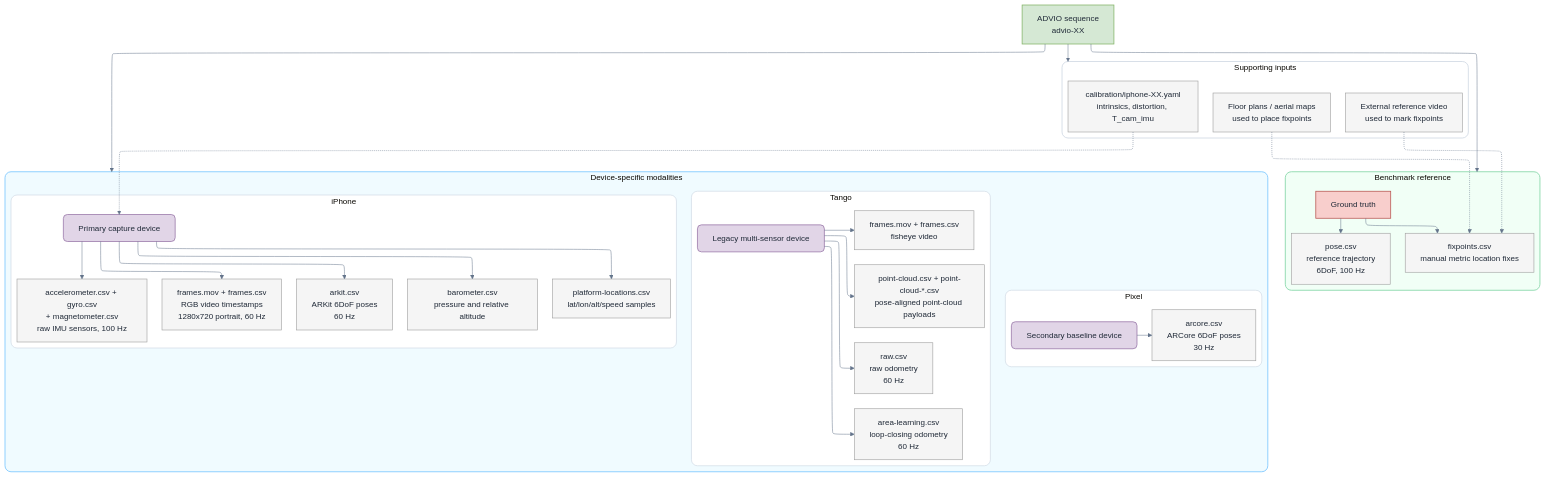
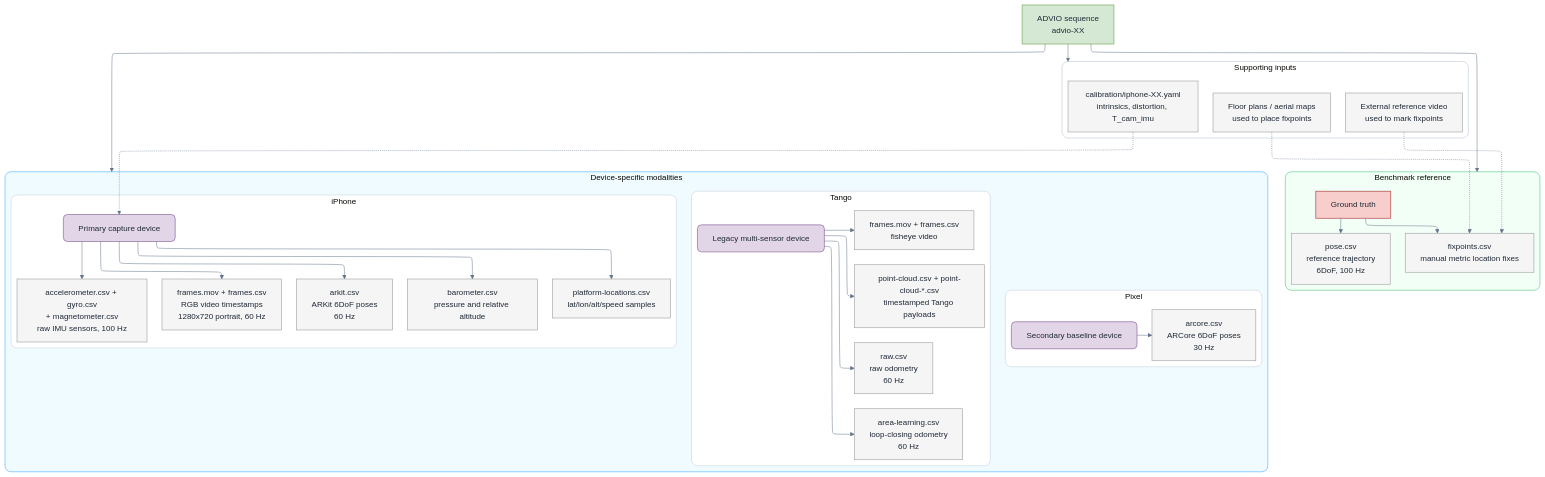
One commit to JanDuchscherer104/prml-vslam changed the diagram in docs/figures/mermaid/advio-modalities-overview.mmd. Above: the diagram before and after it, drawn with Mermaid. The commit also changed 13 other files, not shown here.

```diff
--- a/docs/figures/mermaid/advio-modalities-overview.mmd
+++ b/docs/figures/mermaid/advio-modalities-overview.mmd
@@ -1,103 +1,103 @@
 ---
 config:
   theme: base
   htmlLabels: true
   flowchart:
     htmlLabels: true
     nodeSpacing: 22
     rankSpacing: 36
     curve: basis
   layout: elk
   themeVariables:
     background: "#ffffff"
     fontFamily: "Inter, DejaVu Sans, Arial, sans-serif"
     fontSize: "16px"
     primaryTextColor: "#1f2937"
     lineColor: "#64748b"
   themeCSS: |
     .nodeLabel { font-size: 16px; }
     .edgeLabel { font-size: 14px; }
     .cluster-label { font-size: 16px; font-weight: 700; }
 ---
 flowchart TB
   A["ADVIO sequence<br/>advio-XX"]
 
   subgraph REF["Benchmark reference"]
     direction LR
     GT["Ground truth"]
     GTP["pose.csv<br/>reference trajectory<br/>6DoF, 100 Hz"]
     GTF["fixpoints.csv<br/>manual metric location fixes"]
     GT --> GTP
     GT --> GTF
   end
 
   subgraph DEV["Device-specific modalities"]
     direction TB
 
     subgraph IPG["iPhone"]
       direction LR
       IP["Primary capture device"]
       IPV["frames.mov + frames.csv<br/>RGB video timestamps<br/>1280x720 portrait, 60 Hz"]
       IPA["arkit.csv<br/>ARKit 6DoF poses<br/>60 Hz"]
       IPIMU["accelerometer.csv + gyro.csv<br/>+ magnetometer.csv<br/>raw IMU sensors, 100 Hz"]
       IPB["barometer.csv<br/>pressure and relative altitude"]
       IPL["platform-locations.csv<br/>lat/lon/alt/speed samples"]
       IP --> IPV
       IP --> IPA
       IP --> IPIMU
       IP --> IPB
       IP --> IPL
     end
 
     subgraph PXG["Pixel"]
       direction LR
       PX["Secondary baseline device"]
       PXA["arcore.csv<br/>ARCore 6DoF poses<br/>30 Hz"]
       PX --> PXA
     end
 
     subgraph TGG["Tango"]
       direction LR
       TG["Legacy multi-sensor device"]
       TGR["raw.csv<br/>raw odometry<br/>60 Hz"]
       TGA["area-learning.csv<br/>loop-closing odometry<br/>60 Hz"]
       TGV["frames.mov + frames.csv<br/>fisheye video"]
-      TGP["point-cloud.csv + point-cloud-*.csv<br/>pose-aligned point-cloud payloads"]
+      TGP["point-cloud.csv + point-cloud-*.csv<br/>timestamped Tango payloads"]
       TG --> TGR
       TG --> TGA
       TG --> TGV
       TG --> TGP
     end
   end
 
   subgraph AUX["Supporting inputs"]
     direction LR
     CAL["calibration/iphone-XX.yaml<br/>intrinsics, distortion, T_cam_imu"]
     RV["External reference video<br/>used to mark fixpoints"]
     FP["Floor plans / aerial maps<br/>used to place fixpoints"]
   end
 
   A --> REF
   A --> DEV
   A --> AUX
 
   CAL -.-> IP
   RV -.-> GTF
   FP -.-> GTF
 
   classDef input fill:#D5E8D4,stroke:#82B366,stroke-width:1.5px,rx:0,ry:0;
   classDef output fill:#F8CECC,stroke:#B85450,stroke-width:1.5px,rx:0,ry:0;
   classDef compute fill:#E1D5E7,stroke:#9673A6,stroke-width:1.5px,rx:8,ry:8;
   classDef data fill:#F5F5F5,stroke:#9E9E9E,stroke-width:1.2px,rx:0,ry:0;
 
   class A input;
   class GT output;
   class IP,PX,TG compute;
   class GTP,GTF,IPV,IPA,IPIMU,IPB,IPL,PXA,TGR,TGA,TGV,TGP,CAL,RV,FP data;
 
   style REF fill:#f1fff6,stroke:#97ddb5,stroke-width:2px,rx:12,ry:12
   style DEV fill:#f0fbff,stroke:#8fd0ff,stroke-width:2px,rx:12,ry:12
   style AUX fill:#ffffff,stroke:#cbd5e1,stroke-width:1.5px,rx:12,ry:12
   style IPG fill:#ffffff,stroke:#cbd5e1,stroke-width:1.2px,rx:12,ry:12
   style PXG fill:#ffffff,stroke:#cbd5e1,stroke-width:1.2px,rx:12,ry:12
   style TGG fill:#ffffff,stroke:#cbd5e1,stroke-width:1.2px,rx:12,ry:12
```
